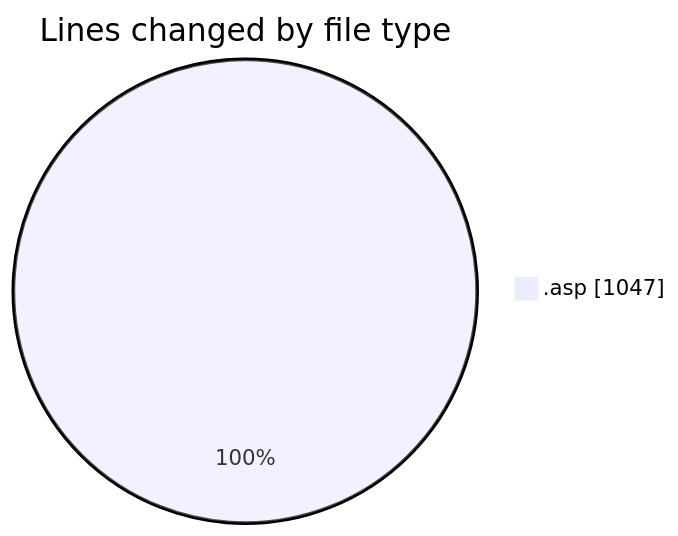
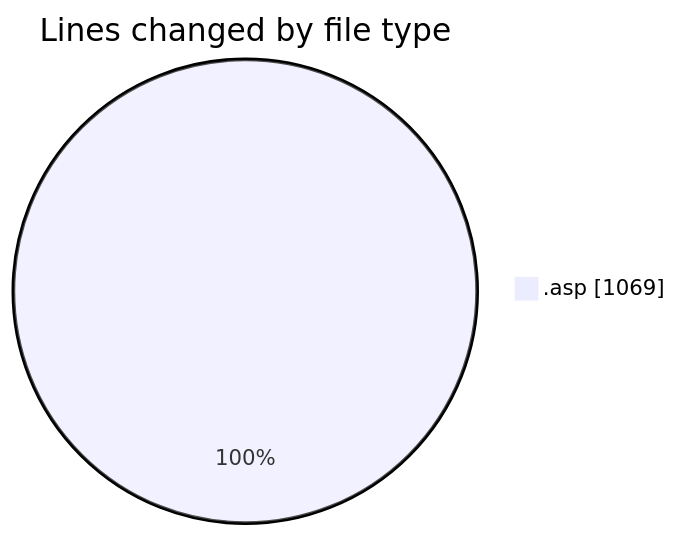
One commit to julien-gomy/code-tracking changed the first of 2 diagrams in 2025-10-07/cdp_aleoudev_fr__workspace_/README.md. Above: the diagram before and after it, drawn with Mermaid. The commit also changed other lines of this file and 1 other file, not shown here.

````diff
--- a/2025-10-07/cdp_aleoudev_fr__workspace_/README.md
+++ b/2025-10-07/cdp_aleoudev_fr__workspace_/README.md
@@ -23,5 +24,5 @@
 ```mermaid
 pie showData
 title Lines changed by file type
-".asp" : 1047
+".asp" : 1069
 ```
````
